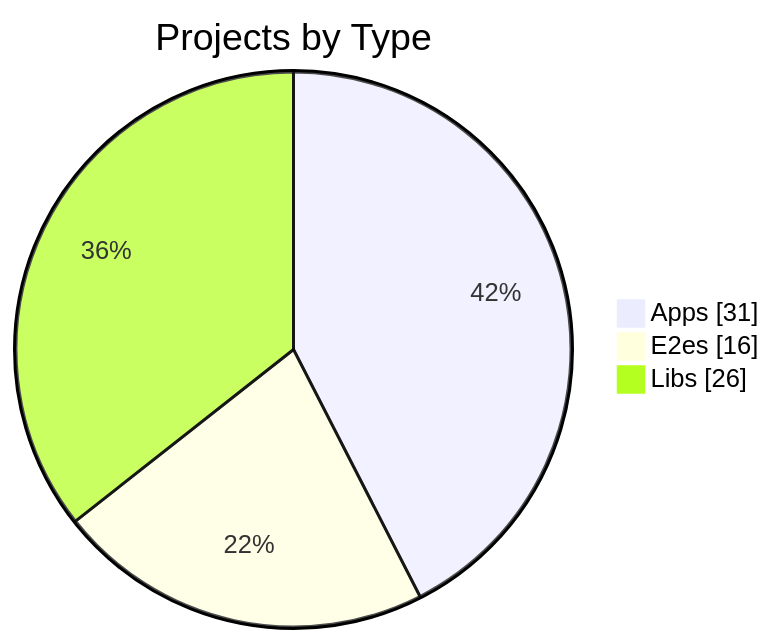
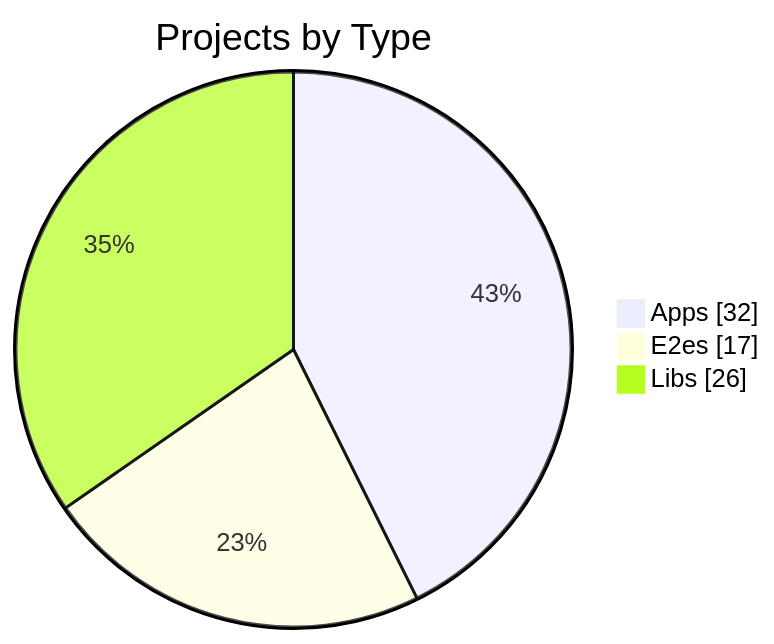
Before and after one commit to KBVE/kbve: the first of 3 diagrams in apps/kbve/astro-kbve/src/content/docs/dashboard/graph.mdx, drawn with Mermaid. The commit also changed other lines of this file and 8 other files, not shown here.

````diff
--- a/apps/kbve/astro-kbve/src/content/docs/dashboard/graph.mdx
+++ b/apps/kbve/astro-kbve/src/content/docs/dashboard/graph.mdx
@@ -56,7 +56,7 @@
 ```mermaid
 pie showData
     title Projects by Type
-    "Apps" : 31
-    "E2es" : 16
+    "Apps" : 32
+    "E2es" : 17
     "Libs" : 26
 ```
````
